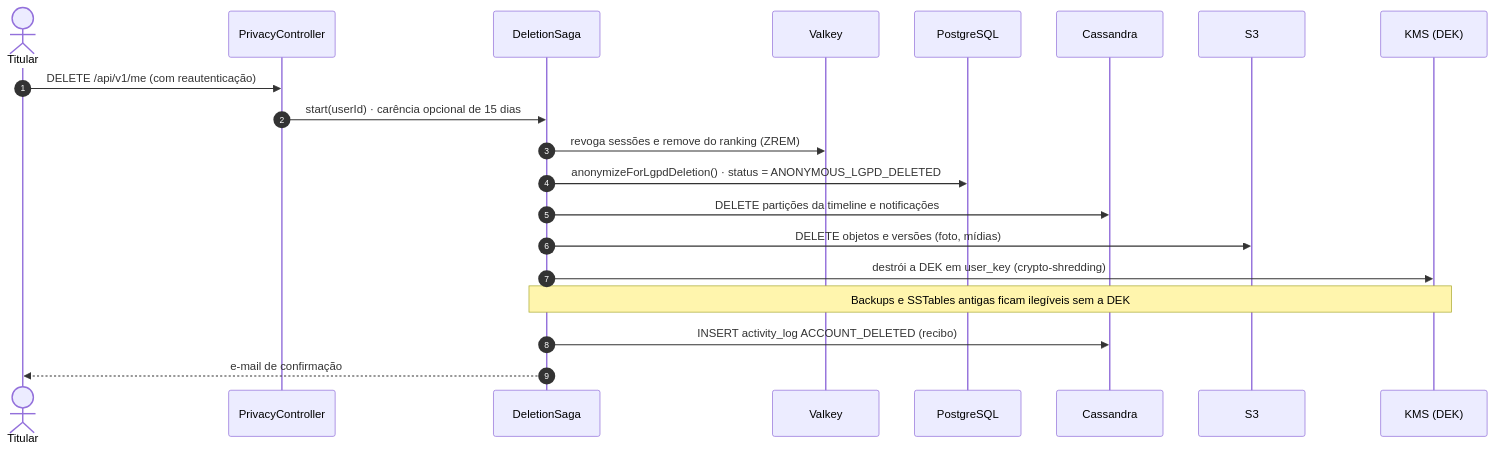
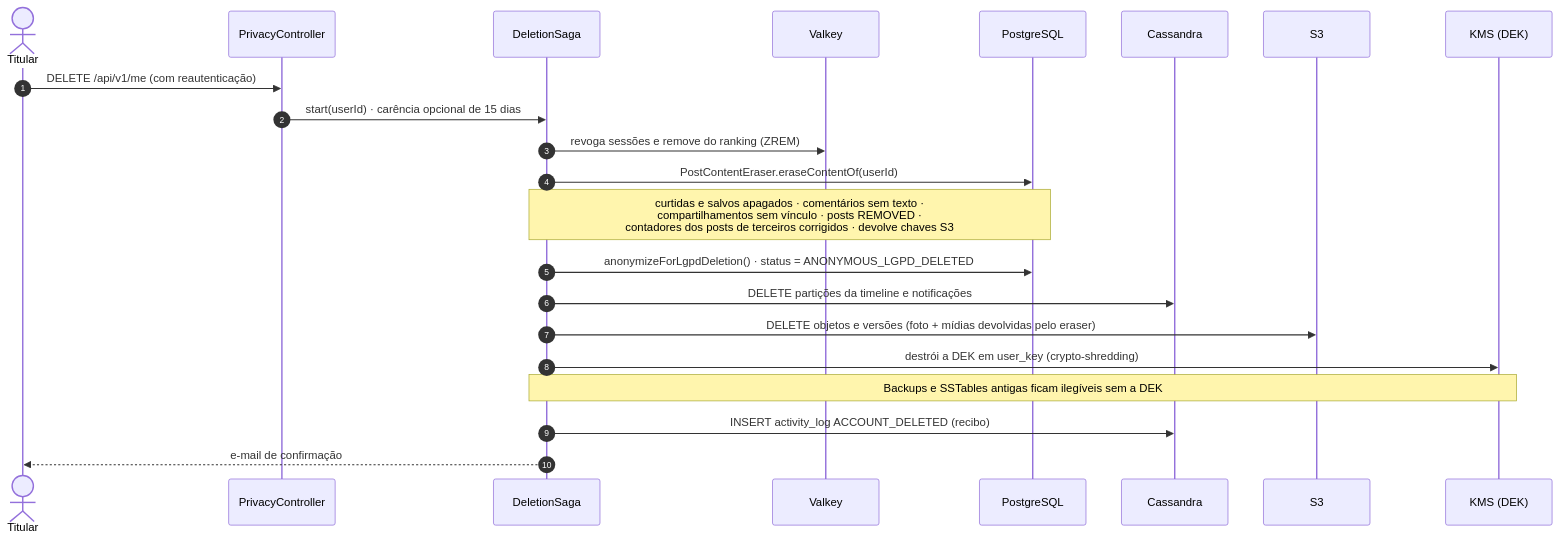
One commit to MatheusHaliski/orange_social_velion changed the second of 3 diagrams in docs/rf/RF23-direitos-titular-lgpd.md. Above: the diagram before and after it, drawn with Mermaid. The commit also changed other lines of this file and 57 other files, not shown here.

````diff
--- a/docs/rf/RF23-direitos-titular-lgpd.md
+++ b/docs/rf/RF23-direitos-titular-lgpd.md
@@ -58,23 +62,25 @@
 ```mermaid
 sequenceDiagram
     autonumber
     actor T as Titular
     participant API as PrivacyController
     participant SG as DeletionSaga
     participant VK as Valkey
     participant PG as PostgreSQL
     participant CS as Cassandra
     participant S3 as S3
     participant KMS as KMS (DEK)
 
     T->>API: DELETE /api/v1/me (com reautenticação)
     API->>SG: start(userId) · carência opcional de 15 dias
     SG->>VK: revoga sessões e remove do ranking (ZREM)
+    SG->>PG: PostContentEraser.eraseContentOf(userId)
+    Note over SG,PG: curtidas e salvos apagados · comentários sem texto ·<br/>compartilhamentos sem vínculo · posts REMOVED ·<br/>contadores dos posts de terceiros corrigidos · devolve chaves S3
     SG->>PG: anonymizeForLgpdDeletion() · status = ANONYMOUS_LGPD_DELETED
     SG->>CS: DELETE partições da timeline e notificações
-    SG->>S3: DELETE objetos e versões (foto, mídias)
+    SG->>S3: DELETE objetos e versões (foto + mídias devolvidas pelo eraser)
     SG->>KMS: destrói a DEK em user_key (crypto-shredding)
     Note over SG,KMS: Backups e SSTables antigas ficam ilegíveis sem a DEK
     SG->>CS: INSERT activity_log ACCOUNT_DELETED (recibo)
     SG-->>T: e-mail de confirmação
 ```
````
